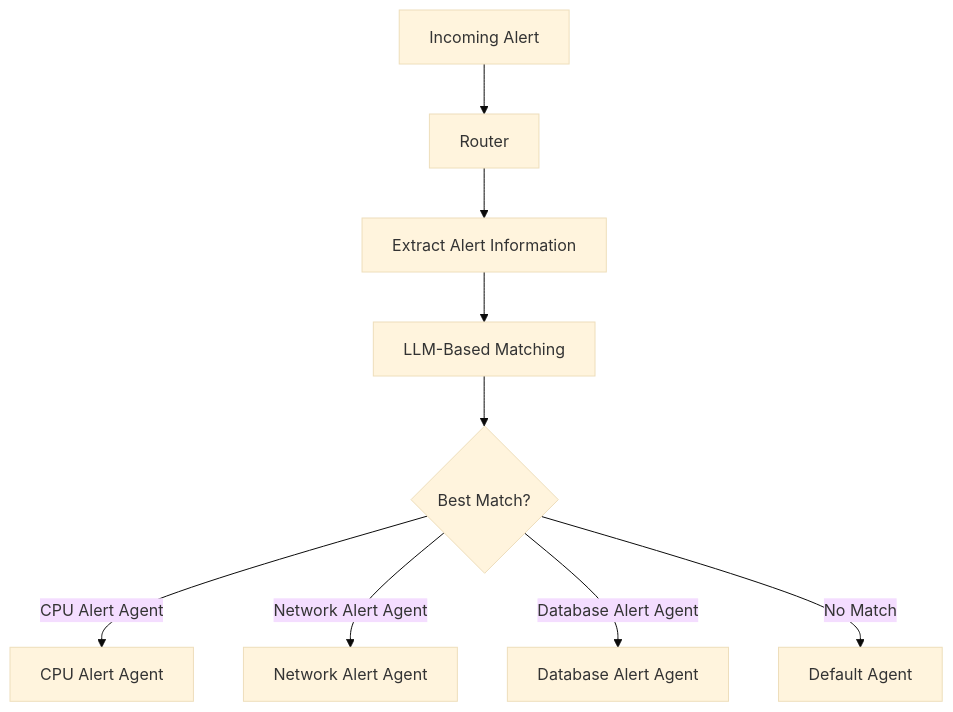
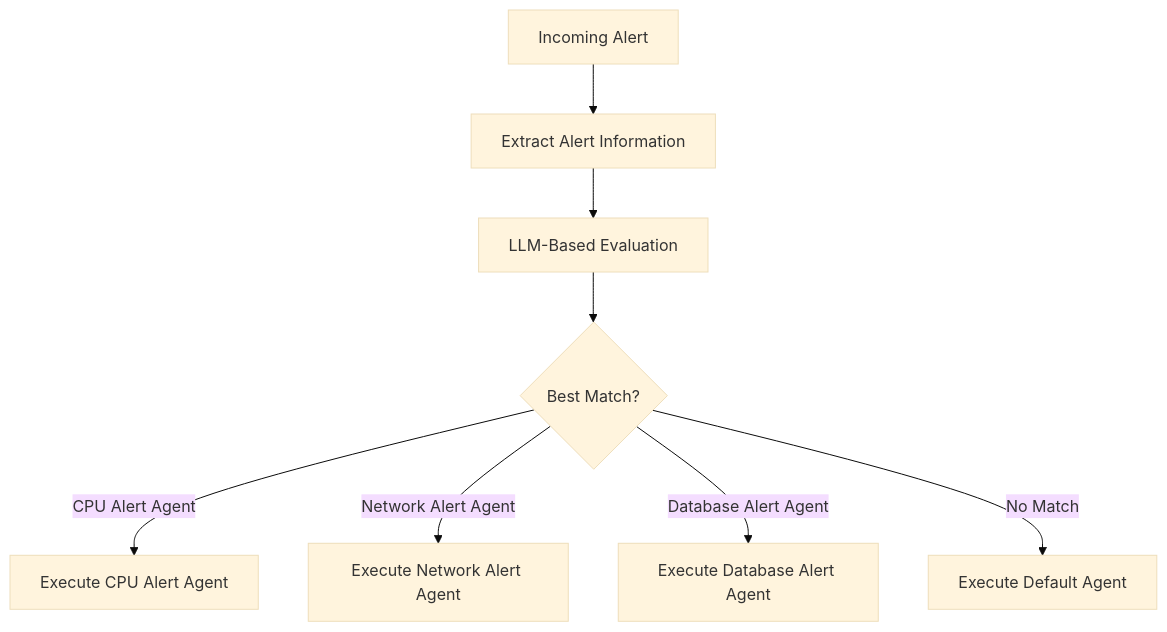
One commit to aptible/unpage changed the diagram in docs/concepts/router.mdx. Above: the diagram before and after it, drawn with Mermaid (base theme). The commit also changed other lines of this file and 1 other file, not shown here.

Commit message:
Edits to Agents and Router core concept docs

````diff
--- a/docs/concepts/router.mdx
+++ b/docs/concepts/router.mdx
@@ -27,11 +25,10 @@
 ```mermaid
 flowchart TD
-    A[Incoming Alert] --> B[Router]
-    B --> C[Extract Alert Information]
-    C --> D[LLM-Based Matching]
+    A[Incoming Alert] --> C[Extract Alert Information]
+    C --> D[LLM-Based Evaluation]
     D --> E{Best Match?}
-    E -- CPU Alert Agent --> F[CPU Alert Agent]
-    E -- Network Alert Agent --> G[Network Alert Agent]
-    E -- Database Alert Agent --> H[Database Alert Agent]
-    E -- No Match --> I[Default Agent]
+    E -- CPU Alert Agent --> F[Execute CPU Alert Agent]
+    E -- Network Alert Agent --> G[Execute Network Alert Agent]
+    E -- Database Alert Agent --> H[Execute Database Alert Agent]
+    E -- No Match --> I[Execute Default Agent]
 ```
````
